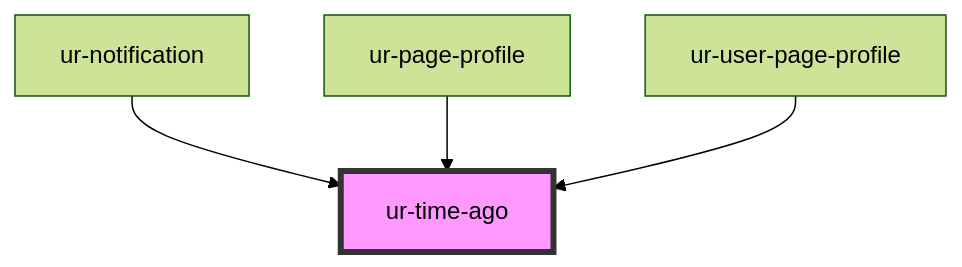
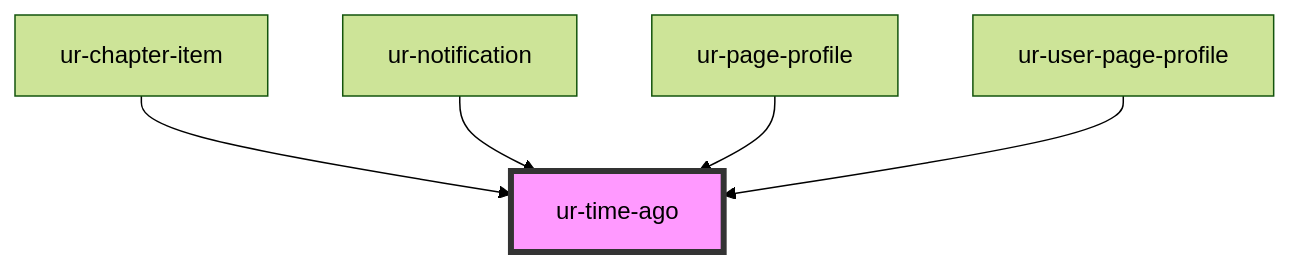
The diagram in src/components/ur-time-ago/readme.md (hellish/urnovl-web-components), drawn with Mermaid (forest theme) before and after one commit. The commit also changed other lines of this file and 17 other files, not shown here.

````diff
--- a/src/components/ur-time-ago/readme.md
+++ b/src/components/ur-time-ago/readme.md
@@ -31,7 +32,8 @@
 ```mermaid
 graph TD;
+  ur-chapter-item --> ur-time-ago
   ur-notification --> ur-time-ago
   ur-page-profile --> ur-time-ago
   ur-user-page-profile --> ur-time-ago
   style ur-time-ago fill:#f9f,stroke:#333,stroke-width:4px
 ```
````
